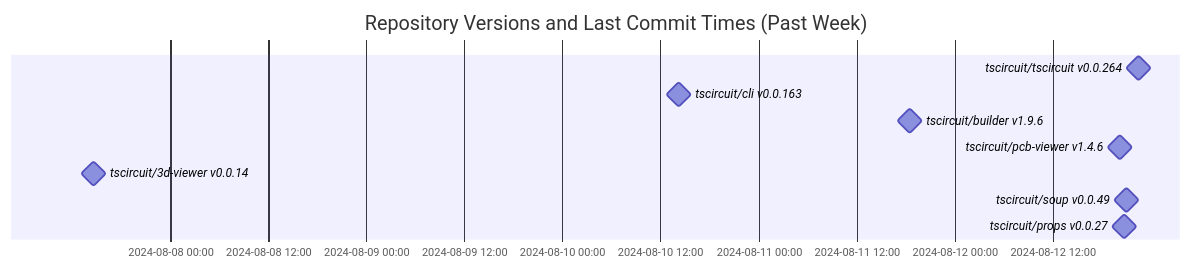
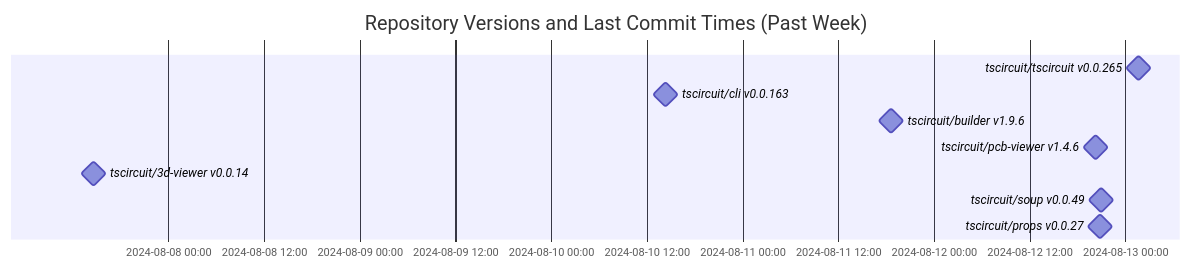
The diagram in README.md (tscircuit/version-tracker), drawn with Mermaid before and after one commit.

Commit message:
Update chart

````diff
--- a/README.md
+++ b/README.md
@@ -1,14 +1,14 @@
 ```mermaid
 gantt
   dateFormat  YYYY-MM-DD HH:mm:ss
   title Repository Versions and Last Commit Times (Past Week)
   axisFormat %Y-%m-%d %H:%M
 
-  tscircuit/tscircuit v0.0.264 : milestone, 2024-08-12 22:31:33, 1s
+  tscircuit/tscircuit v0.0.265 : milestone, 2024-08-13 01:36:49, 1s
   tscircuit/cli v0.0.163 : milestone, 2024-08-10 14:15:28, 1s
   tscircuit/builder v1.9.6 : milestone, 2024-08-11 18:31:00, 1s
   tscircuit/pcb-viewer v1.4.6 : milestone, 2024-08-12 20:14:33, 1s
   tscircuit/3d-viewer v0.0.14 : milestone, 2024-08-07 14:34:01, 1s
   tscircuit/soup v0.0.49 : milestone, 2024-08-12 20:59:08, 1s
   tscircuit/props v0.0.27 : milestone, 2024-08-12 20:48:48, 1s
 ```
````
